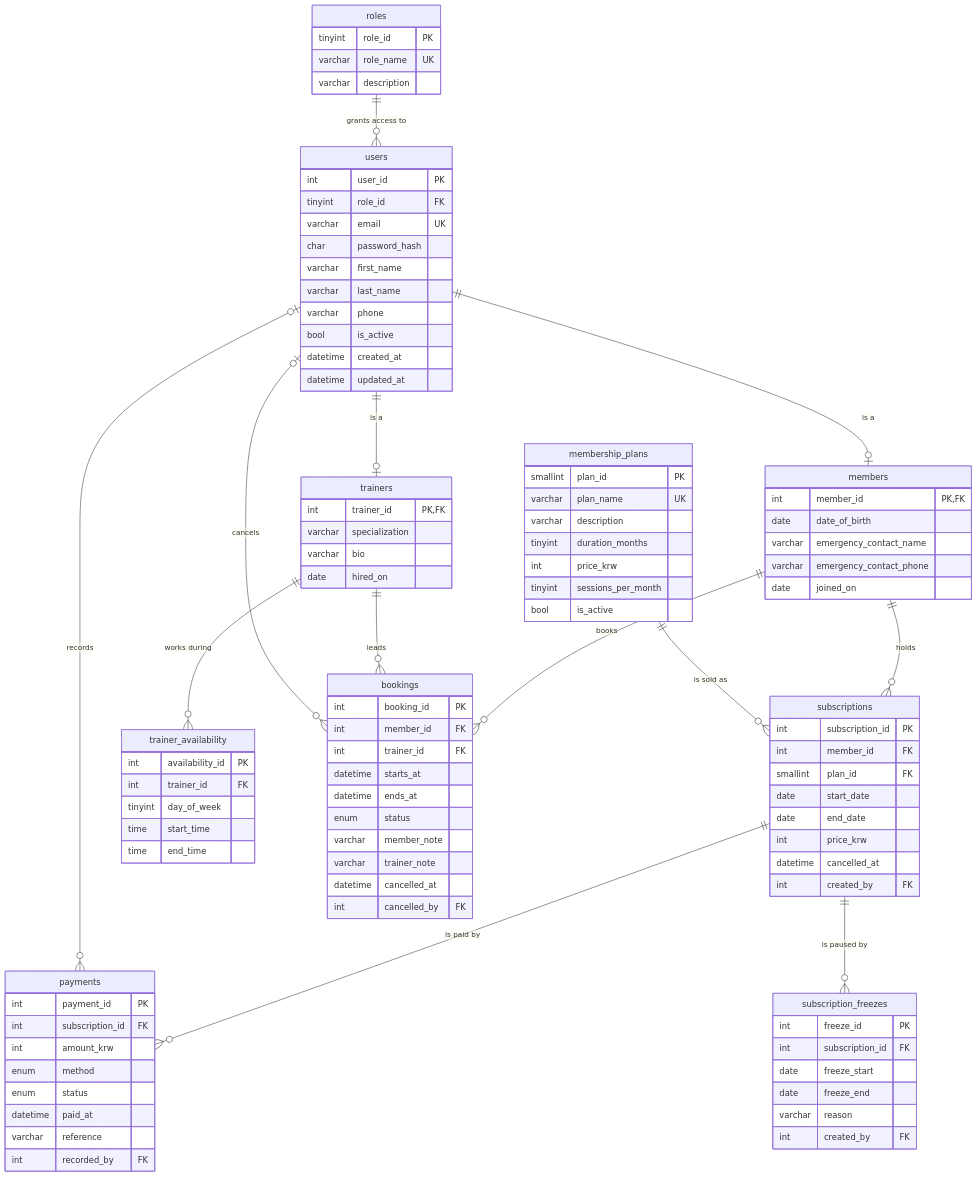
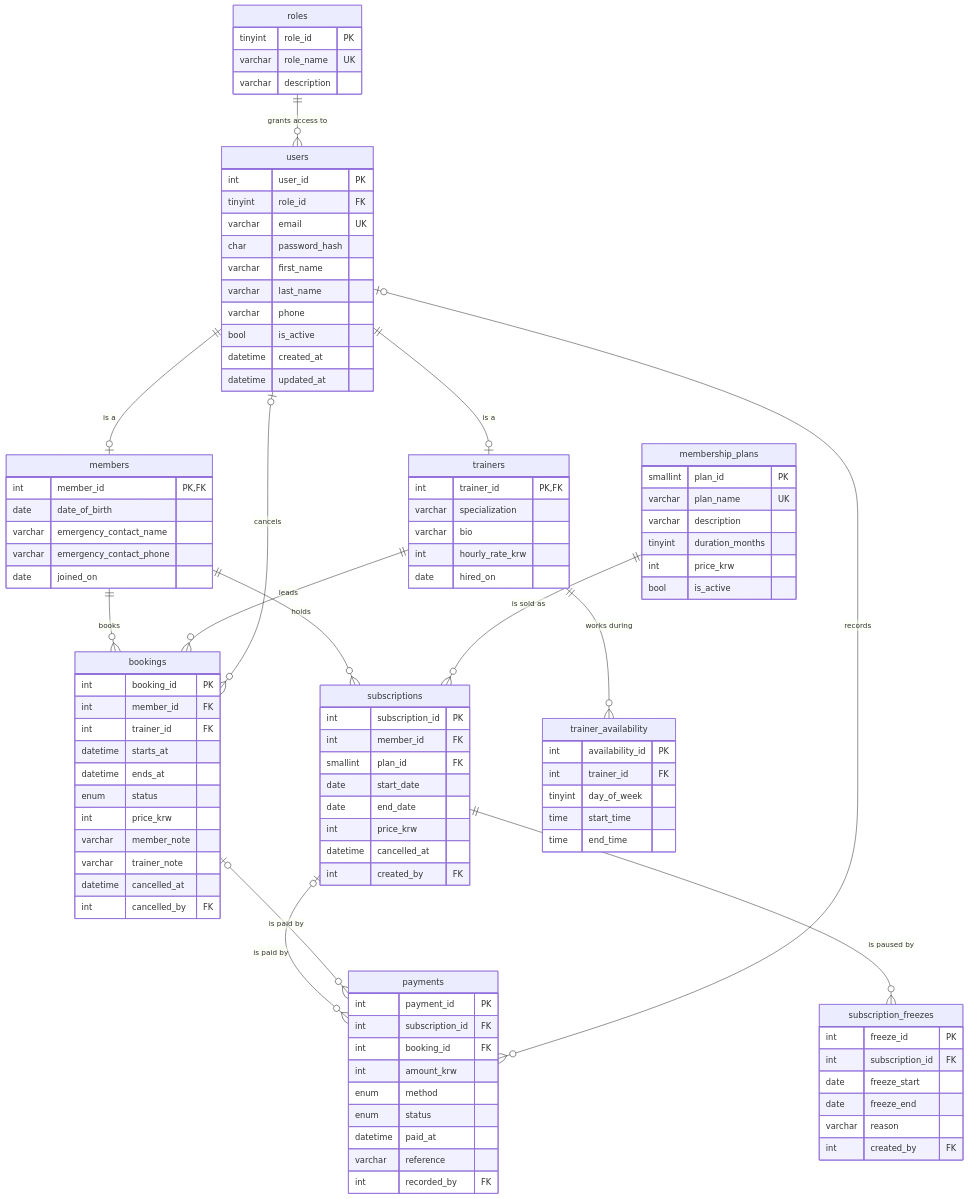
One commit to jasurme/HELLO_GYM-backend changed the diagram in docs/design.md. Above: the diagram before and after it, drawn with Mermaid. The commit also changed other lines of this file and 54 other files, not shown here.

```diff
--- a/docs/design.md
+++ b/docs/design.md
@@ -27,7 +27,8 @@
     users ||--o| trainers : "is a"
     members ||--o{ subscriptions : "holds"
     membership_plans ||--o{ subscriptions : "is sold as"
-    subscriptions ||--o{ payments : "is paid by"
+    subscriptions |o--o{ payments : "is paid by"
+    bookings |o--o{ payments : "is paid by"
     subscriptions ||--o{ subscription_freezes : "is paused by"
     trainers ||--o{ trainer_availability : "works during"
     members ||--o{ bookings : "books"
@@ -63,6 +64,7 @@
         int trainer_id PK, FK
         varchar specialization
         varchar bio
+        int hourly_rate_krw
         date hired_on
     }
     membership_plans {
@@ -71,7 +73,6 @@
         varchar description
         tinyint duration_months
         int price_krw
-        tinyint sessions_per_month
         bool is_active
     }
     subscriptions {
@@ -95,6 +96,7 @@
     payments {
         int payment_id PK
         int subscription_id FK
+        int booking_id FK
         int amount_krw
         enum method
         enum status
@@ -116,6 +118,7 @@
         datetime starts_at
         datetime ends_at
         enum status
+        int price_krw
         varchar member_note
         varchar trainer_note
         datetime cancelled_at
```
